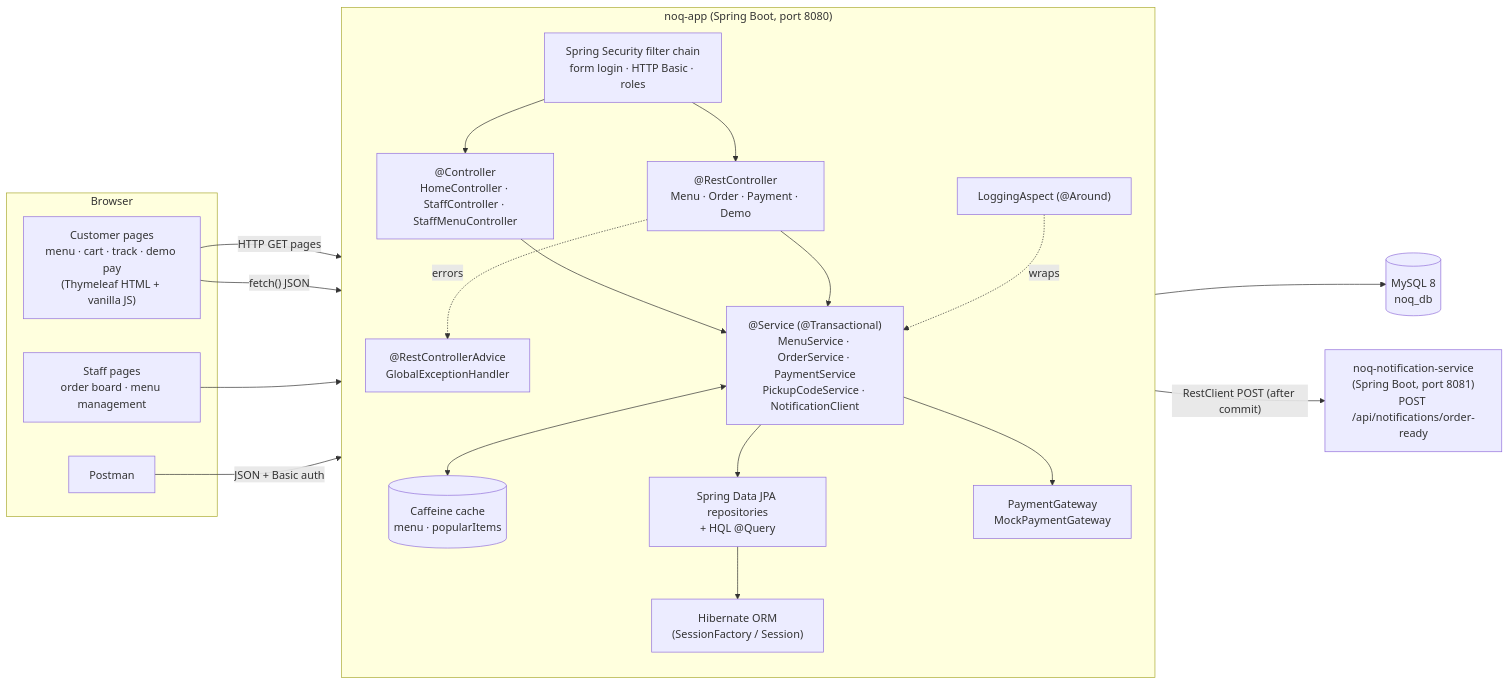
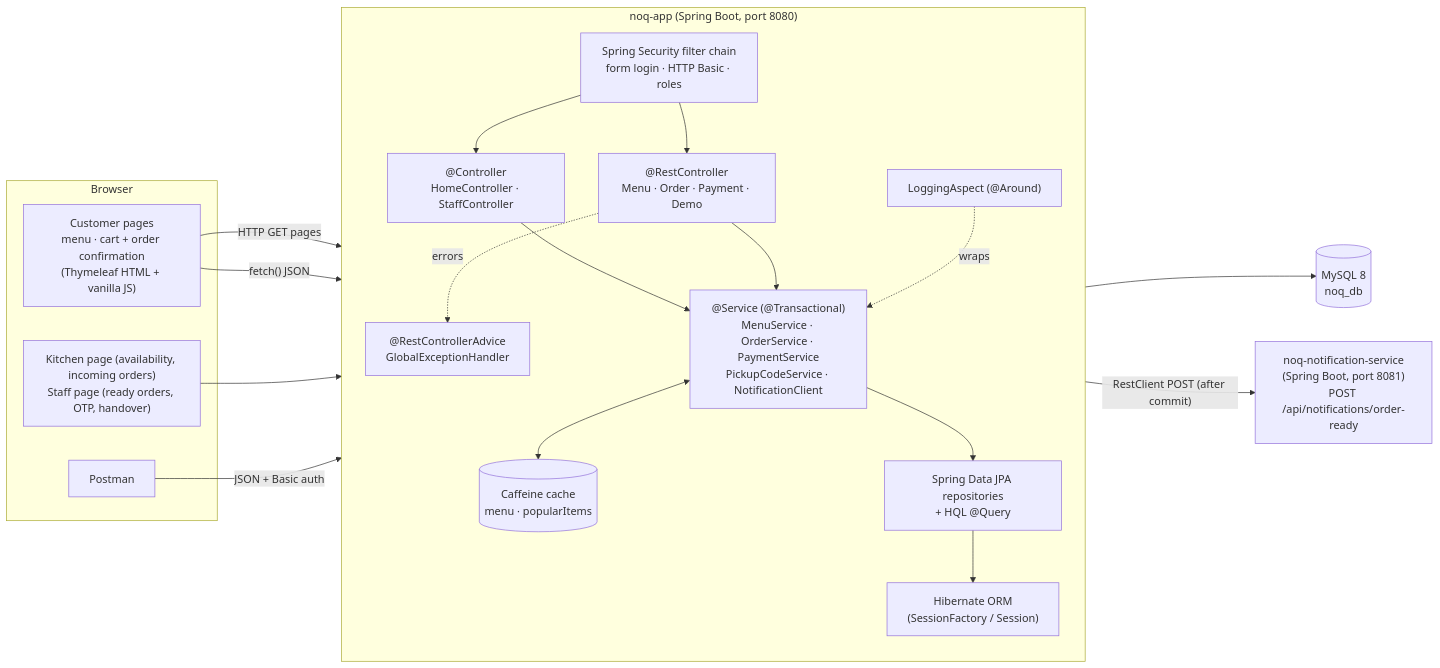
One commit to Arun-N-M-07/NoQ changed the first of 7 diagrams in docs/ARCHITECTURE.md. Above: the diagram before and after it, drawn with Mermaid. The commit also changed other lines of this file and 66 other files, not shown here.

````diff
--- a/docs/ARCHITECTURE.md
+++ b/docs/ARCHITECTURE.md
@@ -5,40 +5,38 @@
 ```mermaid
 flowchart LR
     subgraph Browser
-        C["Customer pages<br/>menu · cart · track · demo pay<br/>(Thymeleaf HTML + vanilla JS)"]
-        S["Staff pages<br/>order board · menu management"]
+        C["Customer pages<br/>menu · cart + order confirmation<br/>(Thymeleaf HTML + vanilla JS)"]
+        S["Kitchen page (availability, incoming orders)<br/>Staff page (ready orders, OTP, handover)"]
         P["Postman"]
     end
 
     subgraph APP["noq-app  (Spring Boot, port 8080)"]
         direction TB
         SEC["Spring Security filter chain<br/>form login · HTTP Basic · roles"]
-        MVC["@Controller<br/>HomeController · StaffController · StaffMenuController"]
+        MVC["@Controller<br/>HomeController · StaffController"]
         REST["@RestController<br/>Menu · Order · Payment · Demo"]
         ADV["@RestControllerAdvice<br/>GlobalExceptionHandler"]
         SVC["@Service (@Transactional)<br/>MenuService · OrderService · PaymentService<br/>PickupCodeService · NotificationClient"]
         AOP["LoggingAspect (@Around)"]
         CACHE[("Caffeine cache<br/>menu · popularItems")]
         REPO["Spring Data JPA repositories<br/>+ HQL @Query"]
         HIB["Hibernate ORM<br/>(SessionFactory / Session)"]
-        GW["PaymentGateway<br/>MockPaymentGateway"]
     end
 
     DB[("MySQL 8<br/>noq_db")]
     NS["noq-notification-service<br/>(Spring Boot, port 8081)<br/>POST /api/notifications/order-ready"]
 
     C -- "HTTP GET pages" --> SEC
     C -- "fetch() JSON" --> SEC
     S --> SEC
     P -- "JSON + Basic auth" --> SEC
     SEC --> MVC
     SEC --> REST
     REST -.errors.-> ADV
     MVC --> SVC
     REST --> SVC
     AOP -. wraps .-> SVC
     SVC <--> CACHE
     SVC --> REPO --> HIB --> DB
-    SVC --> GW
     SVC -- "RestClient POST (after commit)" --> NS
 ```
````
